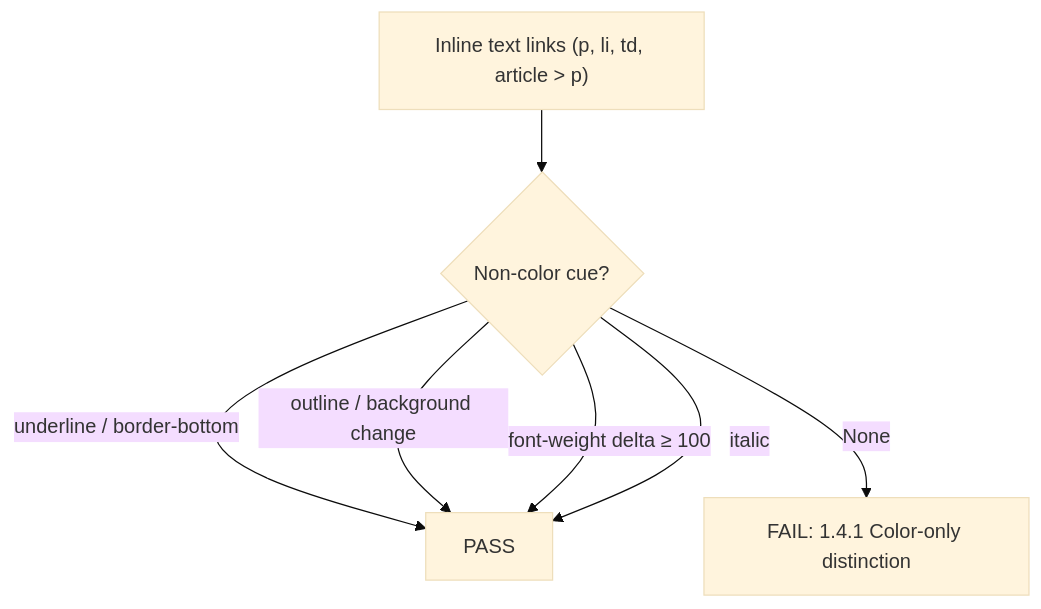
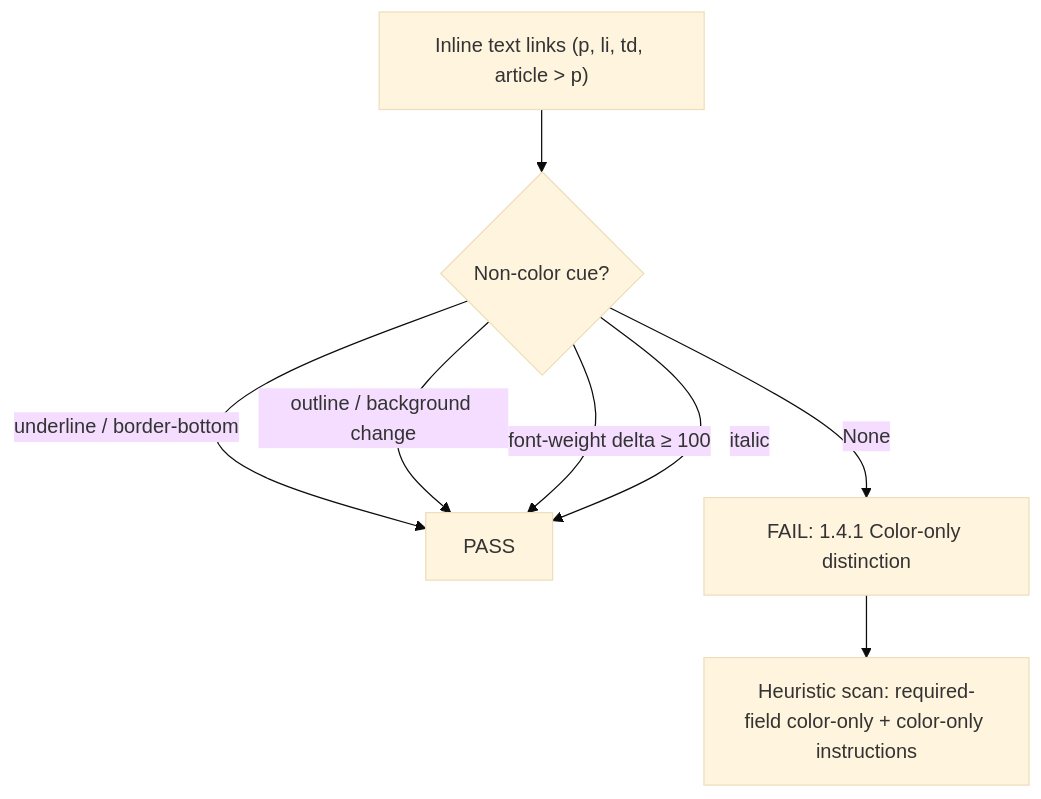
The tenth of 30 diagrams in ka11y-docs/internals/node-rules-flow-analysis.mdx (Sanjaypranavbc/ka11y), drawn with Mermaid (base theme) before and after one commit. The commit also changed other lines of this file and 3 other files, not shown here.

````diff
--- a/ka11y-docs/internals/node-rules-flow-analysis.mdx
+++ b/ka11y-docs/internals/node-rules-flow-analysis.mdx
@@ -377,9 +379,10 @@
 ```mermaid
 flowchart TD
     LNK["Inline text links (p, li, td, article > p)"] --> CUE{"Non-color cue?"}
     CUE -- "underline / border-bottom" --> PASS["PASS"]
     CUE -- "outline / background change" --> PASS
     CUE -- "font-weight delta ≥ 100" --> PASS
     CUE -- "italic" --> PASS
     CUE -- "None" --> FAIL["FAIL: 1.4.1 Color-only distinction"]
+    FAIL --> NL["Heuristic scan: required-field color-only + color-only instructions"]
 ```
````
